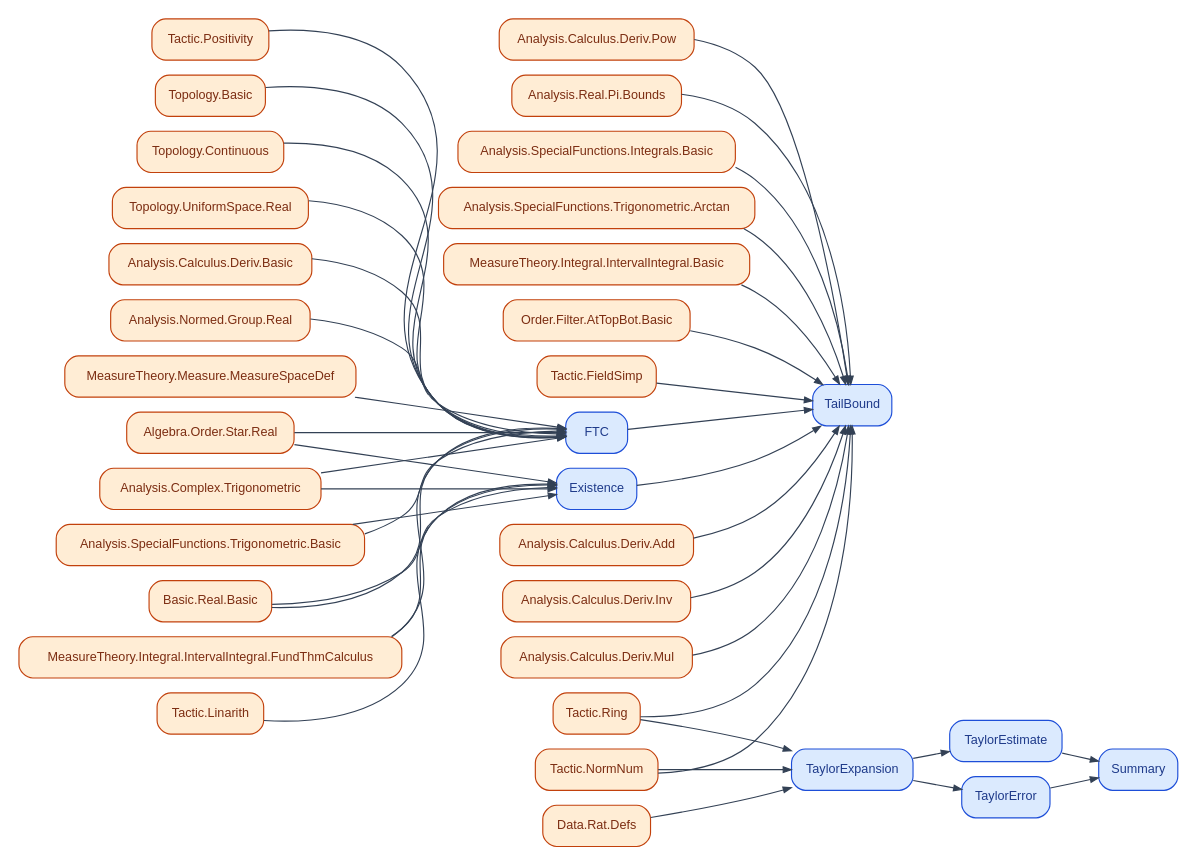
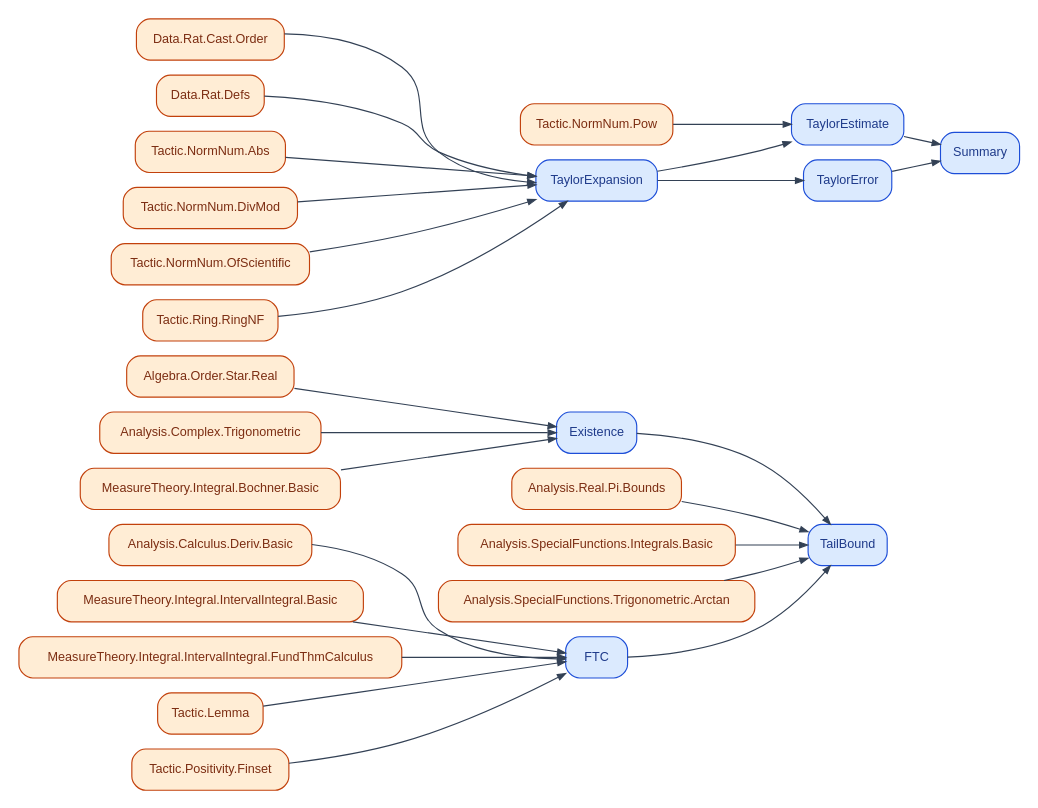
The diagram in figures/deps/Course21122.dot (catskillsresearch/BachelorsInMeasurementTheory), drawn with Graphviz before and after one commit. The commit also changed 44 other files, not shown here.

Commit message:
Regenerate course Lean dependency Graphviz figures after the import shake.

```diff
--- a/figures/deps/Course21122.dot
+++ b/figures/deps/Course21122.dot
@@ -1,80 +1,57 @@
 digraph Course21122 {
   rankdir=LR;
   graph [nodesep=0.18, ranksep=0.45, pad=0.12, bgcolor="white"];
   node [shape=box, style="rounded,filled", fontname="Helvetica", fontsize=11];
   edge [color="#334155", arrowsize=0.7];
 
   LAlgebraOrderStarReal [label="Algebra.Order.Star.Real", fillcolor="#ffedd5", color="#c2410c", fontcolor="#7c2d12"];
-  LAnalysisCalculusDerivAdd [label="Analysis.Calculus.Deriv.Add", fillcolor="#ffedd5", color="#c2410c", fontcolor="#7c2d12"];
   LAnalysisCalculusDerivBasic [label="Analysis.Calculus.Deriv.Basic", fillcolor="#ffedd5", color="#c2410c", fontcolor="#7c2d12"];
-  LAnalysisCalculusDerivInv [label="Analysis.Calculus.Deriv.Inv", fillcolor="#ffedd5", color="#c2410c", fontcolor="#7c2d12"];
-  LAnalysisCalculusDerivMul [label="Analysis.Calculus.Deriv.Mul", fillcolor="#ffedd5", color="#c2410c", fontcolor="#7c2d12"];
-  LAnalysisCalculusDerivPow [label="Analysis.Calculus.Deriv.Pow", fillcolor="#ffedd5", color="#c2410c", fontcolor="#7c2d12"];
   LAnalysisComplexTrigonometric [label="Analysis.Complex.Trigonometric", fillcolor="#ffedd5", color="#c2410c", fontcolor="#7c2d12"];
-  LAnalysisNormedGroupReal [label="Analysis.Normed.Group.Real", fillcolor="#ffedd5", color="#c2410c", fontcolor="#7c2d12"];
   LAnalysisRealPiBounds [label="Analysis.Real.Pi.Bounds", fillcolor="#ffedd5", color="#c2410c", fontcolor="#7c2d12"];
   LAnalysisSpecialFunctionsIntegralsBasic [label="Analysis.SpecialFunctions.Integrals.Basic", fillcolor="#ffedd5", color="#c2410c", fontcolor="#7c2d12"];
   LAnalysisSpecialFunctionsTrigonometricArctan [label="Analysis.SpecialFunctions.Trigonometric.Arctan", fillcolor="#ffedd5", color="#c2410c", fontcolor="#7c2d12"];
-  LAnalysisSpecialFunctionsTrigonometricBasic [label="Analysis.SpecialFunctions.Trigonometric.Basic", fillcolor="#ffedd5", color="#c2410c", fontcolor="#7c2d12"];
-  LBasicRealBasic [label="Basic.Real.Basic", fillcolor="#ffedd5", color="#c2410c", fontcolor="#7c2d12"];
+  LDataRatCastOrder [label="Data.Rat.Cast.Order", fillcolor="#ffedd5", color="#c2410c", fontcolor="#7c2d12"];
   LDataRatDefs [label="Data.Rat.Defs", fillcolor="#ffedd5", color="#c2410c", fontcolor="#7c2d12"];
+  LMeasureTheoryIntegralBochnerBasic [label="MeasureTheory.Integral.Bochner.Basic", fillcolor="#ffedd5", color="#c2410c", fontcolor="#7c2d12"];
   LMeasureTheoryIntegralIntervalIntegralBasic [label="MeasureTheory.Integral.IntervalIntegral.Basic", fillcolor="#ffedd5", color="#c2410c", fontcolor="#7c2d12"];
   LMeasureTheoryIntegralIntervalIntegralFundThmCalculus [label="MeasureTheory.Integral.IntervalIntegral.FundThmCalculus", fillcolor="#ffedd5", color="#c2410c", fontcolor="#7c2d12"];
-  LMeasureTheoryMeasureMeasureSpaceDef [label="MeasureTheory.Measure.MeasureSpaceDef", fillcolor="#ffedd5", color="#c2410c", fontcolor="#7c2d12"];
-  LOrderFilterAtTopBotBasic [label="Order.Filter.AtTopBot.Basic", fillcolor="#ffedd5", color="#c2410c", fontcolor="#7c2d12"];
-  LTacticFieldSimp [label="Tactic.FieldSimp", fillcolor="#ffedd5", color="#c2410c", fontcolor="#7c2d12"];
-  LTacticLinarith [label="Tactic.Linarith", fillcolor="#ffedd5", color="#c2410c", fontcolor="#7c2d12"];
-  LTacticNormNum [label="Tactic.NormNum", fillcolor="#ffedd5", color="#c2410c", fontcolor="#7c2d12"];
-  LTacticPositivity [label="Tactic.Positivity", fillcolor="#ffedd5", color="#c2410c", fontcolor="#7c2d12"];
-  LTacticRing [label="Tactic.Ring", fillcolor="#ffedd5", color="#c2410c", fontcolor="#7c2d12"];
-  LTopologyBasic [label="Topology.Basic", fillcolor="#ffedd5", color="#c2410c", fontcolor="#7c2d12"];
-  LTopologyContinuous [label="Topology.Continuous", fillcolor="#ffedd5", color="#c2410c", fontcolor="#7c2d12"];
-  LTopologyUniformSpaceReal [label="Topology.UniformSpace.Real", fillcolor="#ffedd5", color="#c2410c", fontcolor="#7c2d12"];
+  LTacticLemma [label="Tactic.Lemma", fillcolor="#ffedd5", color="#c2410c", fontcolor="#7c2d12"];
+  LTacticNormNumAbs [label="Tactic.NormNum.Abs", fillcolor="#ffedd5", color="#c2410c", fontcolor="#7c2d12"];
+  LTacticNormNumDivMod [label="Tactic.NormNum.DivMod", fillcolor="#ffedd5", color="#c2410c", fontcolor="#7c2d12"];
+  LTacticNormNumOfScientific [label="Tactic.NormNum.OfScientific", fillcolor="#ffedd5", color="#c2410c", fontcolor="#7c2d12"];
+  LTacticNormNumPow [label="Tactic.NormNum.Pow", fillcolor="#ffedd5", color="#c2410c", fontcolor="#7c2d12"];
+  LTacticPositivityFinset [label="Tactic.Positivity.Finset", fillcolor="#ffedd5", color="#c2410c", fontcolor="#7c2d12"];
+  LTacticRingRingNF [label="Tactic.Ring.RingNF", fillcolor="#ffedd5", color="#c2410c", fontcolor="#7c2d12"];
   MFTC [label="FTC", fillcolor="#dbeafe", color="#1d4ed8", fontcolor="#1e3a8a"];
   MExistence [label="Existence", fillcolor="#dbeafe", color="#1d4ed8", fontcolor="#1e3a8a"];
   MTailBound [label="TailBound", fillcolor="#dbeafe", color="#1d4ed8", fontcolor="#1e3a8a"];
   MTaylorExpansion [label="TaylorExpansion", fillcolor="#dbeafe", color="#1d4ed8", fontcolor="#1e3a8a"];
   MTaylorEstimate [label="TaylorEstimate", fillcolor="#dbeafe", color="#1d4ed8", fontcolor="#1e3a8a"];
   MTaylorError [label="TaylorError", fillcolor="#dbeafe", color="#1d4ed8", fontcolor="#1e3a8a"];
   MSummary [label="Summary", fillcolor="#dbeafe", color="#1d4ed8", fontcolor="#1e3a8a"];
 
-  LBasicRealBasic -> MFTC;
+  LAnalysisCalculusDerivBasic -> MFTC;
+  LMeasureTheoryIntegralIntervalIntegralBasic -> MFTC;
+  LTacticLemma -> MFTC;
   LMeasureTheoryIntegralIntervalIntegralFundThmCalculus -> MFTC;
-  LAlgebraOrderStarReal -> MFTC;
-  LTopologyUniformSpaceReal -> MFTC;
-  LAnalysisNormedGroupReal -> MFTC;
-  LAnalysisCalculusDerivBasic -> MFTC;
-  LTopologyContinuous -> MFTC;
-  LTacticPositivity -> MFTC;
-  LAnalysisComplexTrigonometric -> MFTC;
-  LTopologyBasic -> MFTC;
-  LAnalysisSpecialFunctionsTrigonometricBasic -> MFTC;
-  LMeasureTheoryMeasureMeasureSpaceDef -> MFTC;
-  LBasicRealBasic -> MExistence;
-  LMeasureTheoryIntegralIntervalIntegralFundThmCalculus -> MExistence;
-  LTacticLinarith -> MExistence;
+  LTacticPositivityFinset -> MFTC;
+  LMeasureTheoryIntegralBochnerBasic -> MExistence;
   LAlgebraOrderStarReal -> MExistence;
   LAnalysisComplexTrigonometric -> MExistence;
-  LAnalysisSpecialFunctionsTrigonometricBasic -> MExistence;
-  LTacticFieldSimp -> MTailBound;
-  LTacticRing -> MTailBound;
-  LAnalysisCalculusDerivAdd -> MTailBound;
-  LAnalysisCalculusDerivPow -> MTailBound;
+  LAnalysisRealPiBounds -> MTailBound;
   LAnalysisSpecialFunctionsIntegralsBasic -> MTailBound;
-  LAnalysisCalculusDerivInv -> MTailBound;
-  LAnalysisCalculusDerivMul -> MTailBound;
-  LMeasureTheoryIntegralIntervalIntegralBasic -> MTailBound;
   LAnalysisSpecialFunctionsTrigonometricArctan -> MTailBound;
-  LAnalysisRealPiBounds -> MTailBound;
-  LOrderFilterAtTopBotBasic -> MTailBound;
-  LTacticNormNum -> MTailBound;
   MFTC -> MTailBound;
   MExistence -> MTailBound;
   LDataRatDefs -> MTaylorExpansion;
-  LTacticNormNum -> MTaylorExpansion;
-  LTacticRing -> MTaylorExpansion;
+  LTacticNormNumAbs -> MTaylorExpansion;
+  LTacticNormNumOfScientific -> MTaylorExpansion;
+  LTacticRingRingNF -> MTaylorExpansion;
+  LTacticNormNumDivMod -> MTaylorExpansion;
+  LDataRatCastOrder -> MTaylorExpansion;
+  LTacticNormNumPow -> MTaylorEstimate;
   MTaylorExpansion -> MTaylorEstimate;
   MTaylorExpansion -> MTaylorError;
+  MTaylorError -> MSummary;
   MTaylorEstimate -> MSummary;
-  MTaylorError -> MSummary;
 }
```
